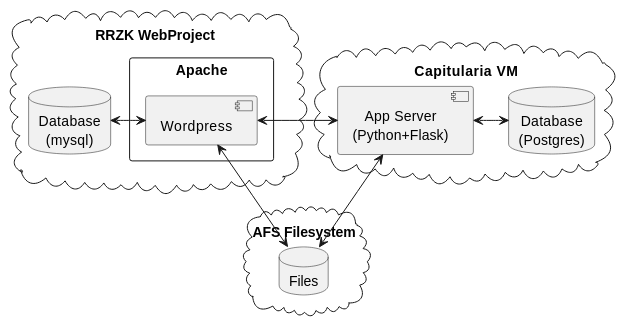
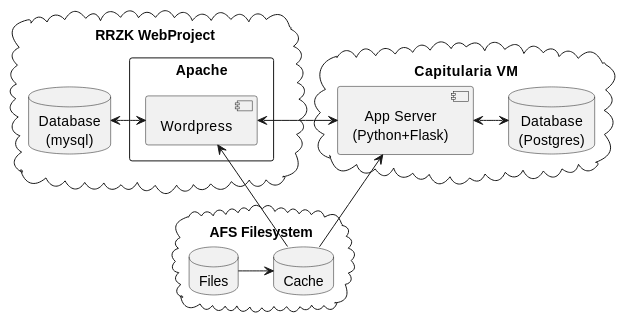
One commit to cceh/capitularia changed the diagram in doc_src/intro.rst. Above: the diagram before and after it, drawn with PlantUML. The commit also changed other lines of this file and 80 other files, not shown here.

```diff
--- a/doc_src/intro.rst
+++ b/doc_src/intro.rst
@@ -17,31 +17,32 @@
 .. uml::
    :align: center
-   :caption: Main components of the project
+   :caption: Overview of Capitularia
 
    skinparam backgroundColor transparent
    skinparam DefaultTextAlignment center
    skinparam componentStyle uml2
 
    cloud "RRZK WebProject" {
+     database  "Database\n(mysql)"   as mysql
      rectangle "Apache" as apache {
        component "Wordpress" as wp
      }
-     database  "Database\n(mysql)"   as mysql
    }
 
    cloud "Capitularia VM" {
-     component "App Server\n(Python+Flask)"   as api
-     database  "Database\n(Postgres)"   as db
+     component "App Server\n(Python+Flask)" as api
+     database  "Database\n(Postgres)"       as db
    }
 
    cloud "AFS Filesystem" {
-     database "Files" as afs
+     database "Cache" as cache
+     database "Files" as files
    }
 
-   wp    <->  api
-   wp    <--> afs
-   api   <--> afs
-
+   mysql <-> wp
+   wp    <-> api
    api   <-> db
 
-   mysql <-> wp
+   wp    <-- cache
+   api   <-- cache
+   files ->  cache
```
